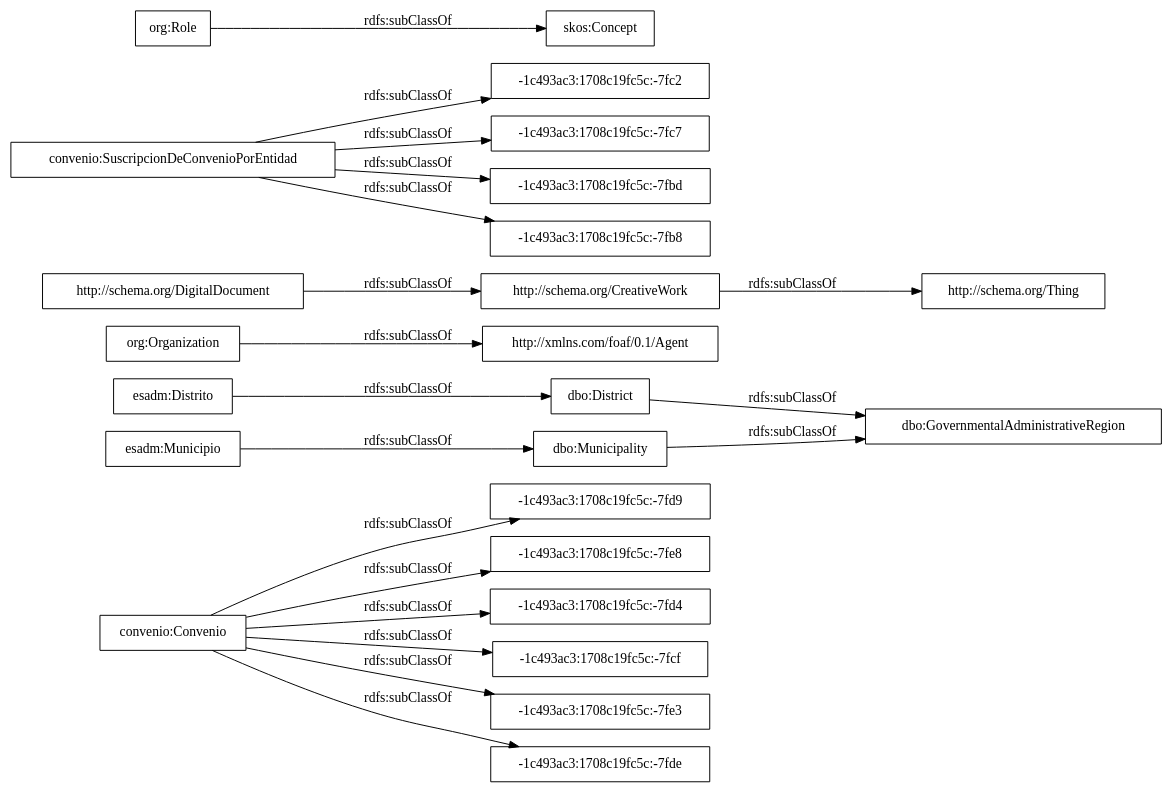
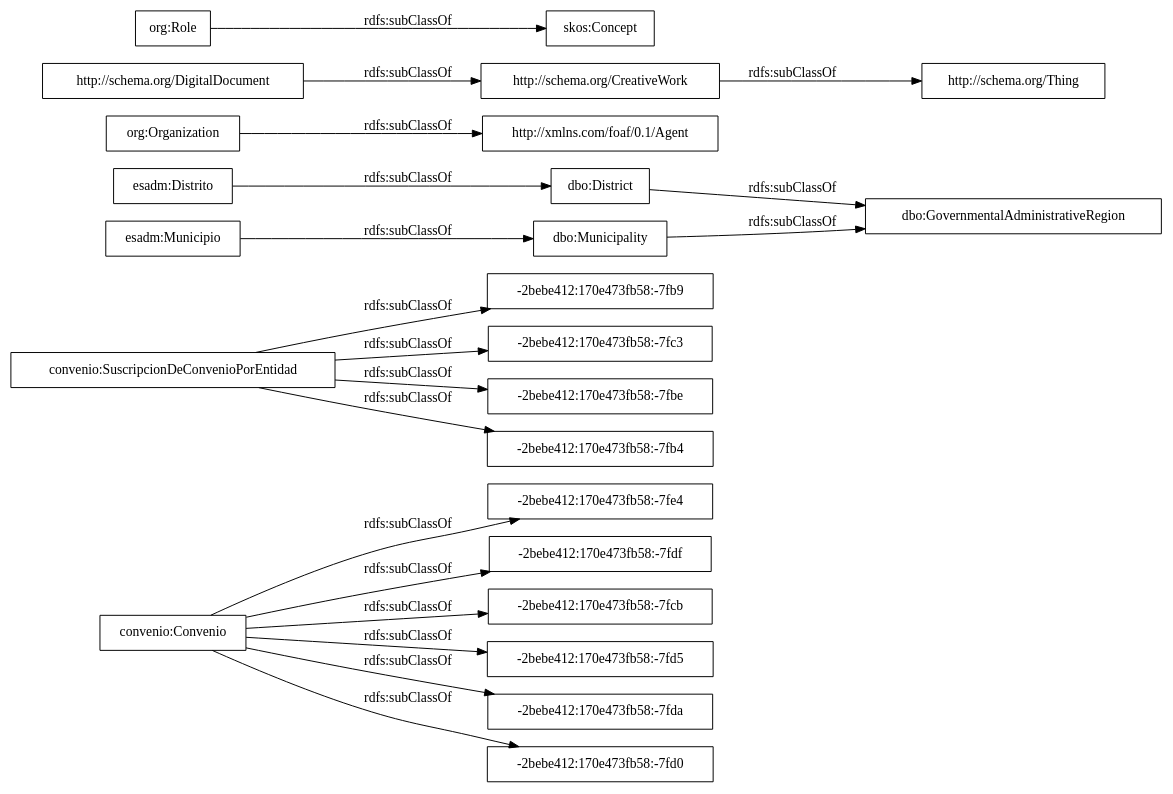
Before and after one commit to opencitydata/sector-publico-convenio-old: the diagram in OnToology/ontology/convenio.owl/diagrams/ar2dtool-taxonomy/convenio.owl.png.dot, drawn with Graphviz. The commit also changed 14 other files, not shown here.

```diff
--- a/OnToology/ontology/convenio.owl/diagrams/ar2dtool-taxonomy/convenio.owl.png.dot
+++ b/OnToology/ontology/convenio.owl/diagrams/ar2dtool-taxonomy/convenio.owl.png.dot
@@ -1,24 +1,24 @@
 digraph ar2dtool_diagram { 
 rankdir=LR;
 size="1000"
-node [shape = rectangle, color="black"]; "convenio:Convenio" "-1c493ac3:1708c19fc5c:-7fd9" "dbo:GovernmentalAdministrativeRegion" "http://xmlns.com/foaf/0.1/Agent" "-1c493ac3:1708c19fc5c:-7fe8" "http://schema.org/CreativeWork" "-1c493ac3:1708c19fc5c:-7fc2" "-1c493ac3:1708c19fc5c:-7fd4" "dbo:District" "-1c493ac3:1708c19fc5c:-7fcf" "-1c493ac3:1708c19fc5c:-7fc7" "-1c493ac3:1708c19fc5c:-7fe3" "-1c493ac3:1708c19fc5c:-7fbd" "convenio:SuscripcionDeConvenioPorEntidad" "-1c493ac3:1708c19fc5c:-7fb8" "http://schema.org/DigitalDocument" "http://schema.org/Thing" "esadm:Distrito" "dbo:Municipality" "skos:Concept" "esadm:Municipio" "-1c493ac3:1708c19fc5c:-7fde" "org:Role" "org:Organization" ; /*classes style*/
-	"convenio:Convenio" -> "-1c493ac3:1708c19fc5c:-7fe3" [ label = "rdfs:subClassOf" ];
-	"convenio:Convenio" -> "-1c493ac3:1708c19fc5c:-7fe8" [ label = "rdfs:subClassOf" ];
-	"convenio:Convenio" -> "-1c493ac3:1708c19fc5c:-7fd9" [ label = "rdfs:subClassOf" ];
-	"convenio:Convenio" -> "-1c493ac3:1708c19fc5c:-7fd4" [ label = "rdfs:subClassOf" ];
-	"convenio:Convenio" -> "-1c493ac3:1708c19fc5c:-7fcf" [ label = "rdfs:subClassOf" ];
-	"convenio:Convenio" -> "-1c493ac3:1708c19fc5c:-7fde" [ label = "rdfs:subClassOf" ];
+node [shape = rectangle, color="black"]; "convenio:Convenio" "-2bebe412:170e473fb58:-7fe4" "-2bebe412:170e473fb58:-7fb9" "-2bebe412:170e473fb58:-7fdf" "-2bebe412:170e473fb58:-7fc3" "dbo:GovernmentalAdministrativeRegion" "http://xmlns.com/foaf/0.1/Agent" "-2bebe412:170e473fb58:-7fcb" "http://schema.org/CreativeWork" "dbo:District" "-2bebe412:170e473fb58:-7fbe" "-2bebe412:170e473fb58:-7fd5" "esadm:Distrito" "convenio:SuscripcionDeConvenioPorEntidad" "-2bebe412:170e473fb58:-7fda" "http://schema.org/DigitalDocument" "http://schema.org/Thing" "dbo:Municipality" "skos:Concept" "esadm:Municipio" "org:Organization" "org:Role" "-2bebe412:170e473fb58:-7fd0" "-2bebe412:170e473fb58:-7fb4" ; /*classes style*/
+	"convenio:Convenio" -> "-2bebe412:170e473fb58:-7fd0" [ label = "rdfs:subClassOf" ];
+	"convenio:Convenio" -> "-2bebe412:170e473fb58:-7fda" [ label = "rdfs:subClassOf" ];
+	"convenio:Convenio" -> "-2bebe412:170e473fb58:-7fcb" [ label = "rdfs:subClassOf" ];
+	"convenio:Convenio" -> "-2bebe412:170e473fb58:-7fdf" [ label = "rdfs:subClassOf" ];
+	"convenio:Convenio" -> "-2bebe412:170e473fb58:-7fe4" [ label = "rdfs:subClassOf" ];
+	"convenio:Convenio" -> "-2bebe412:170e473fb58:-7fd5" [ label = "rdfs:subClassOf" ];
 	"org:Organization" -> "http://xmlns.com/foaf/0.1/Agent" [ label = "rdfs:subClassOf" ];
 	"http://schema.org/CreativeWork" -> "http://schema.org/Thing" [ label = "rdfs:subClassOf" ];
 	"org:Role" -> "skos:Concept" [ label = "rdfs:subClassOf" ];
-	"convenio:SuscripcionDeConvenioPorEntidad" -> "-1c493ac3:1708c19fc5c:-7fbd" [ label = "rdfs:subClassOf" ];
-	"convenio:SuscripcionDeConvenioPorEntidad" -> "-1c493ac3:1708c19fc5c:-7fc7" [ label = "rdfs:subClassOf" ];
-	"convenio:SuscripcionDeConvenioPorEntidad" -> "-1c493ac3:1708c19fc5c:-7fc2" [ label = "rdfs:subClassOf" ];
-	"convenio:SuscripcionDeConvenioPorEntidad" -> "-1c493ac3:1708c19fc5c:-7fb8" [ label = "rdfs:subClassOf" ];
+	"convenio:SuscripcionDeConvenioPorEntidad" -> "-2bebe412:170e473fb58:-7fb4" [ label = "rdfs:subClassOf" ];
+	"convenio:SuscripcionDeConvenioPorEntidad" -> "-2bebe412:170e473fb58:-7fbe" [ label = "rdfs:subClassOf" ];
+	"convenio:SuscripcionDeConvenioPorEntidad" -> "-2bebe412:170e473fb58:-7fc3" [ label = "rdfs:subClassOf" ];
+	"convenio:SuscripcionDeConvenioPorEntidad" -> "-2bebe412:170e473fb58:-7fb9" [ label = "rdfs:subClassOf" ];
 	"esadm:Distrito" -> "dbo:District" [ label = "rdfs:subClassOf" ];
 	"dbo:Municipality" -> "dbo:GovernmentalAdministrativeRegion" [ label = "rdfs:subClassOf" ];
 	"dbo:District" -> "dbo:GovernmentalAdministrativeRegion" [ label = "rdfs:subClassOf" ];
 	"http://schema.org/DigitalDocument" -> "http://schema.org/CreativeWork" [ label = "rdfs:subClassOf" ];
 	"esadm:Municipio" -> "dbo:Municipality" [ label = "rdfs:subClassOf" ];
 
 }
```
